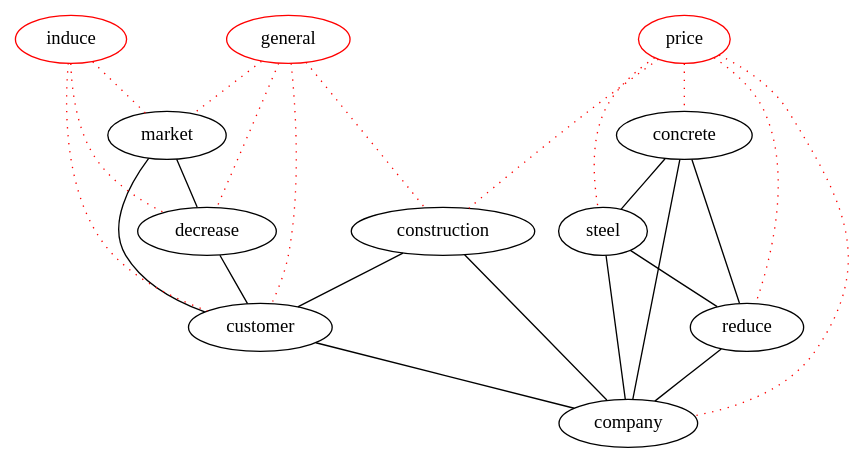
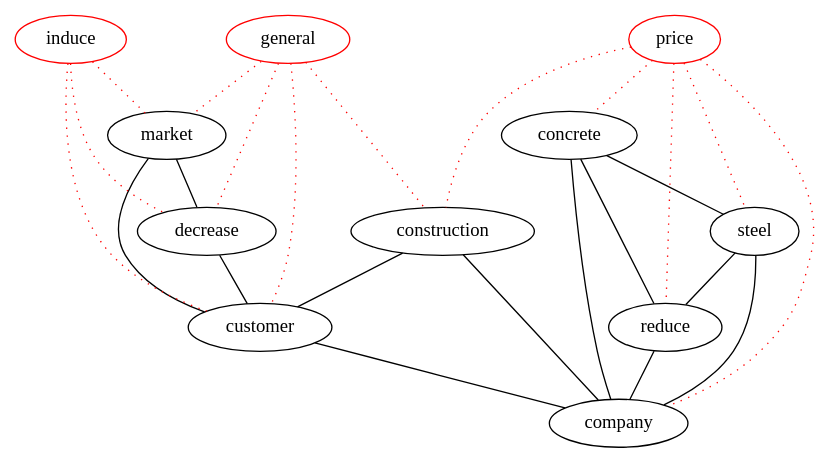
Before and after one commit to michaelweiss/keygraph: the diagram in dot/d2.dot, drawn with Graphviz. The commit also changed other lines of this file and 3 other files, not shown here.

```diff
--- a/dot/d2.dot
+++ b/dot/d2.dot
@@ -1,38 +1,38 @@
 graph keygraph {
 graph [size="10,10"]
-customer [color="black"]
+concrete [color="black"]
+construction [color="black"]
+decrease [color="black"]
+company [color="black"]
 market [color="black"]
 reduce [color="black"]
-decrease [color="black"]
-construction [color="black"]
-company [color="black"]
 steel [color="black"]
-concrete [color="black"]
+customer [color="black"]
+price [color="red"]
+induce [color="red"]
 general [color="red"]
-induce [color="red"]
-price [color="red"]
 construction--customer
 construction--company
 concrete--reduce
 steel--reduce
 customer--company
 market--decrease
 market--customer
 decrease--customer
 concrete--steel
 concrete--company
 steel--company
 reduce--company
+induce--decrease [color="red", style="dotted"]
+induce--market [color="red", style="dotted"]
 induce--customer [color="red", style="dotted"]
-induce--market [color="red", style="dotted"]
-induce--decrease [color="red", style="dotted"]
+general--construction [color="red", style="dotted"]
+general--decrease [color="red", style="dotted"]
+general--market [color="red", style="dotted"]
 general--customer [color="red", style="dotted"]
-general--market [color="red", style="dotted"]
-general--decrease [color="red", style="dotted"]
-general--construction [color="red", style="dotted"]
-price--reduce [color="red", style="dotted"]
+price--concrete [color="red", style="dotted"]
 price--construction [color="red", style="dotted"]
 price--company [color="red", style="dotted"]
+price--reduce [color="red", style="dotted"]
 price--steel [color="red", style="dotted"]
-price--concrete [color="red", style="dotted"]
 }
```
